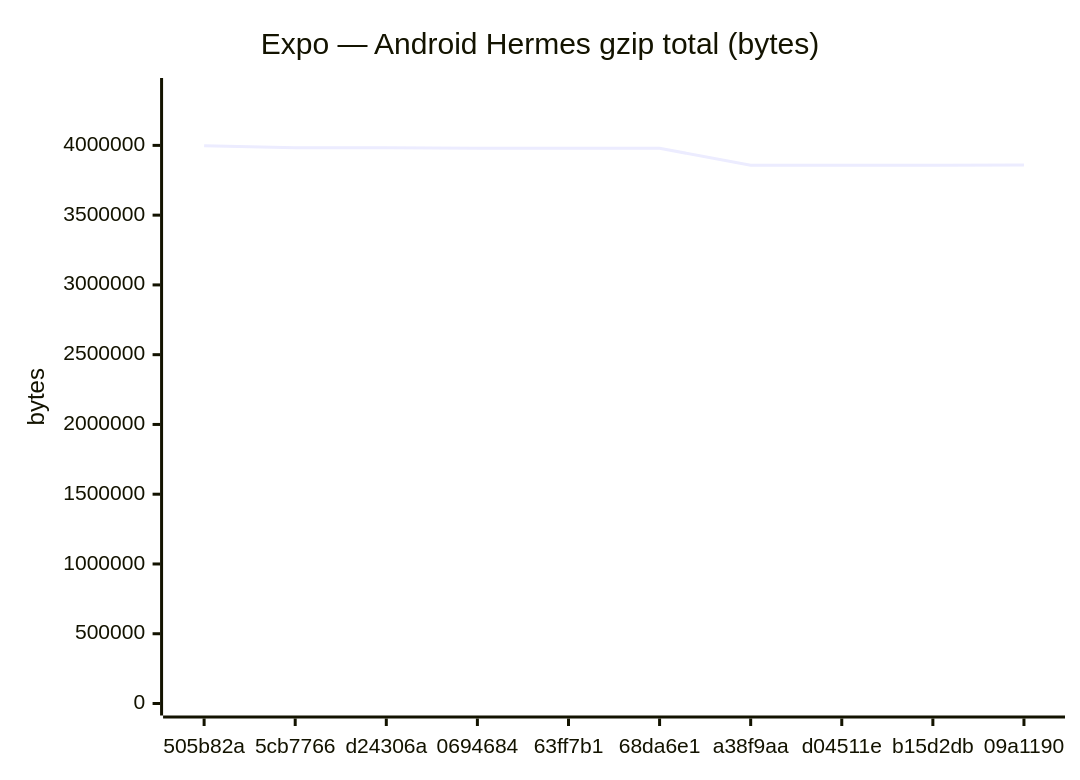
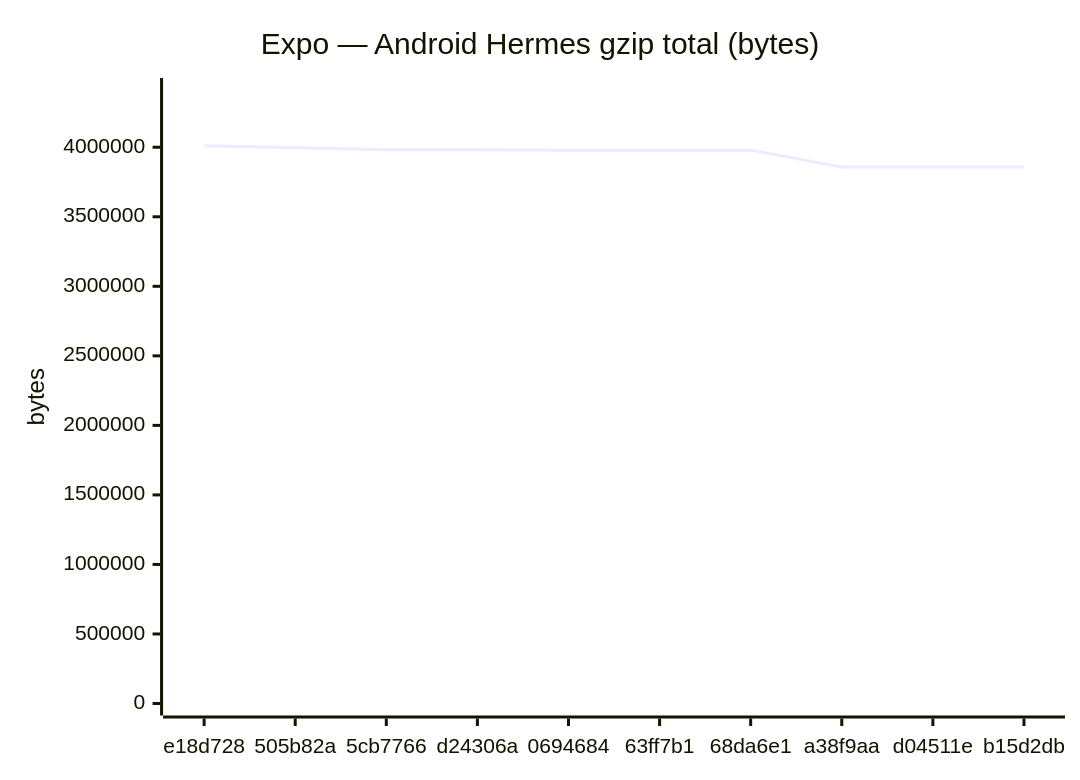
The fifth of 18 diagrams in benchmarks/compare.md (Metaheurist/Rianell), drawn with Mermaid before and after one commit. The commit also changed other lines of this file and 11 other files, not shown here.

````diff
--- a/benchmarks/compare.md
+++ b/benchmarks/compare.md
@@ -89,7 +89,7 @@
 ```mermaid
 xychart-beta
     title "Expo — Android Hermes gzip total (bytes)"
-    x-axis ["505b82a", "5cb7766", "d24306a", "0694684", "63ff7b1", "68da6e1", "a38f9aa", "d04511e", "b15d2db", "09a1190"]
-    y-axis "bytes" 0 --> 4396944
-    line [3997221, 3982594, 3982590, 3979178, 3979178, 3979178, 3858192, 3858192, 3858195, 3858763]
+    x-axis ["e18d728", "505b82a", "5cb7766", "d24306a", "0694684", "63ff7b1", "68da6e1", "a38f9aa", "d04511e", "b15d2db"]
+    y-axis "bytes" 0 --> 4411622
+    line [4010565, 3997221, 3982594, 3982590, 3979178, 3979178, 3979178, 3858192, 3858192, 3858195]
 ```
````
